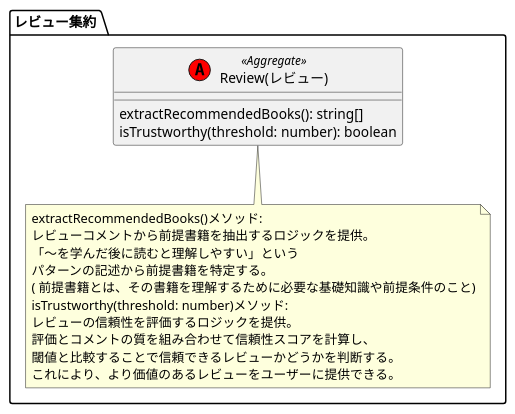
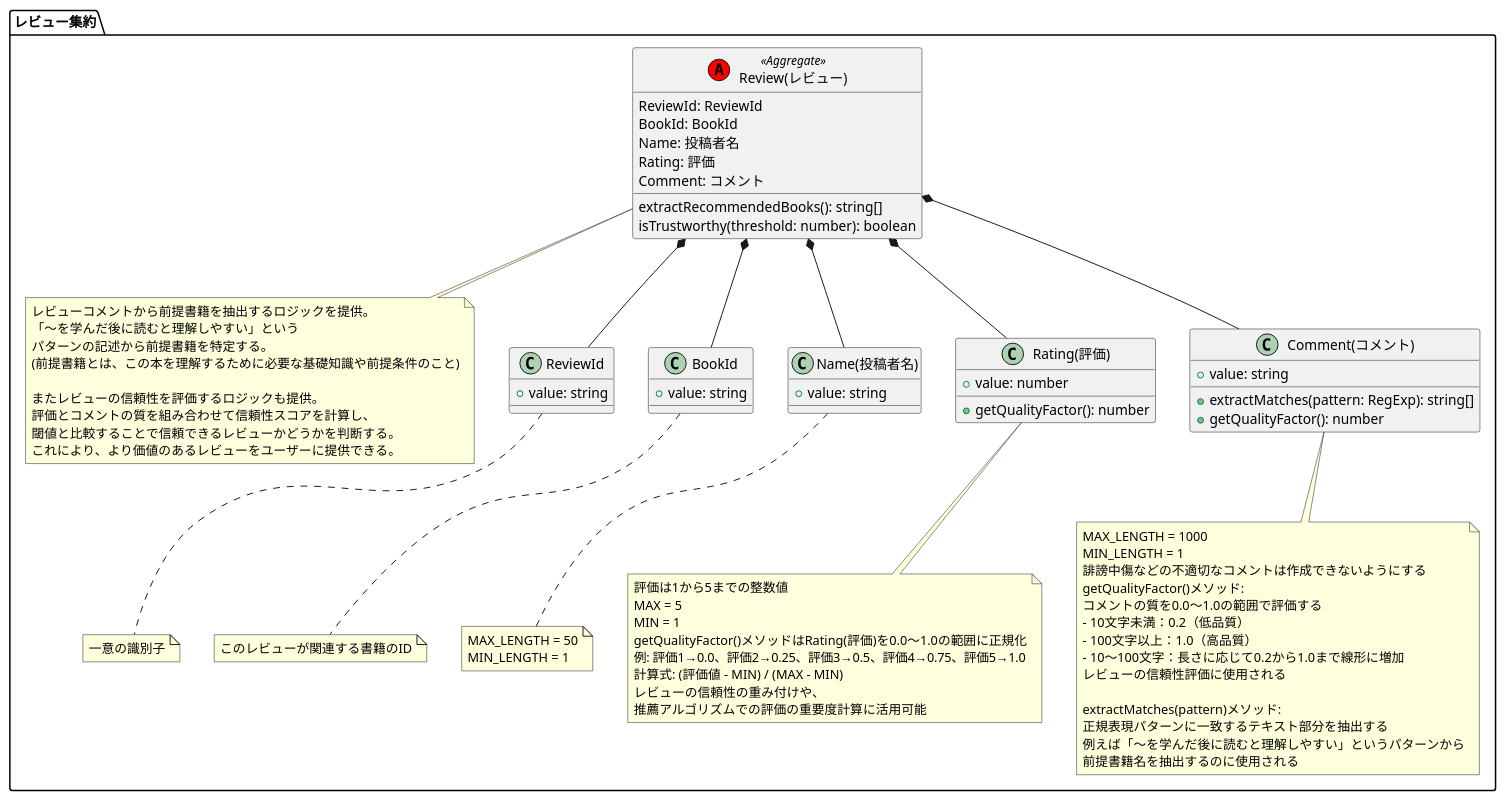
The diagram in Domain/models/Review/Review.pu (mendelssohnbach/CatalogService), drawn with PlantUML before and after one commit. The commit also changed 1 other file, not shown here.

Commit message:
P067 必要なインプットの特定

```diff
--- a/Domain/models/Review/Review.pu
+++ b/Domain/models/Review/Review.pu
@@ -1,21 +1,96 @@
-package "レビュー集約 " {
+package "レビュー集約" {
     ' 1. 集約とポリシーの表現
     class "Review(レビュー)" as Review << (A,red) Aggregate >> {
+        ReviewId: ReviewId
+        BookId: BookId
+        Name: 投稿者名
+        Rating: 評価
+        Comment: コメント
         extractRecommendedBooks(): string[]
         isTrustworthy(threshold: number): boolean
-}
+    }
 
     ' 2. ビジネスルールの具体化
     note bottom of Review
-        extractRecommendedBooks()メソッド:
         レビューコメントから前提書籍を抽出するロジックを提供。
         「〜を学んだ後に読むと理解しやすい」という
         パターンの記述から前提書籍を特定する。
-        ( 前提書籍とは、その書籍を理解するために必要な基礎知識や前提条件のこと)
-        isTrustworthy(threshold: number)メソッド:
-        レビューの信頼性を評価するロジックを提供。
+        (前提書籍とは、この本を理解するために必要な基礎知識や前提条件のこと)
+
+        またレビューの信頼性を評価するロジックも提供。
         評価とコメントの質を組み合わせて信頼性スコアを計算し、
         閾値と比較することで信頼できるレビューかどうかを判断する。
         これにより、より価値のあるレビューをユーザーに提供できる。
     end note
+
+    ' 3. 必要なインプットの特定
+    class "ReviewId" as ReviewId {
+        + value: string
+    }
+
+    class "BookId" as BookId {
+        + value: string
+    }
+
+    class "Name(投稿者名)" as Name {
+        + value: string
+    }
+
+    class "Rating(評価)" as Rating {
+        + value: number
+        + getQualityFactor(): number
+    }
+
+    class "Comment(コメント)" as Comment {
+        + value: string
+        + extractMatches(pattern: RegExp): string[]
+        + getQualityFactor(): number
+    }
+
+    note bottom of ReviewId
+        一意の識別子
+    end note
+
+    note bottom of BookId
+        このレビューが関連する書籍のID
+    end note
+
+    note bottom of Name
+        MAX_LENGTH = 50
+        MIN_LENGTH = 1
+    end note
+
+    note bottom of Rating
+        評価は1から5までの整数値
+        MAX = 5
+        MIN = 1
+        getQualityFactor()メソッドはRating(評価)を0.0～1.0の範囲に正規化
+        例: 評価1→0.0、評価2→0.25、評価3→0.5、評価4→0.75、評価5→1.0
+        計算式: (評価値 - MIN) / (MAX - MIN)
+        レビューの信頼性の重み付けや、
+        推薦アルゴリズムでの評価の重要度計算に活用可能
+    end note
+
+    note bottom of Comment
+        MAX_LENGTH = 1000
+        MIN_LENGTH = 1
+        誹謗中傷などの不適切なコメントは作成できないようにする
+        getQualityFactor()メソッド:
+        コメントの質を0.0～1.0の範囲で評価する
+        - 10文字未満：0.2（低品質）
+        - 100文字以上：1.0（高品質）
+        - 10～100文字：長さに応じて0.2から1.0まで線形に増加
+        レビューの信頼性評価に使用される
+
+        extractMatches(pattern)メソッド:
+        正規表現パターンに一致するテキスト部分を抽出する
+        例えば「〜を学んだ後に読むと理解しやすい」というパターンから
+        前提書籍名を抽出するのに使用される
+    end note
+
+    Review *-- ReviewId
+    Review *-- BookId
+    Review *-- Name
+    Review *-- Rating
+    Review *-- Comment
 }
```
